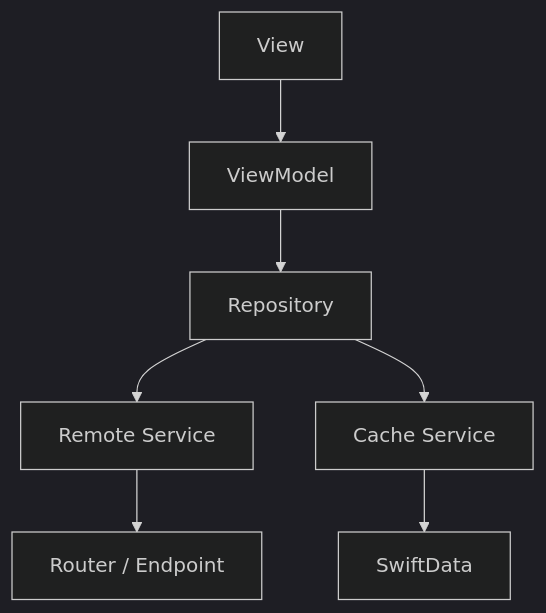
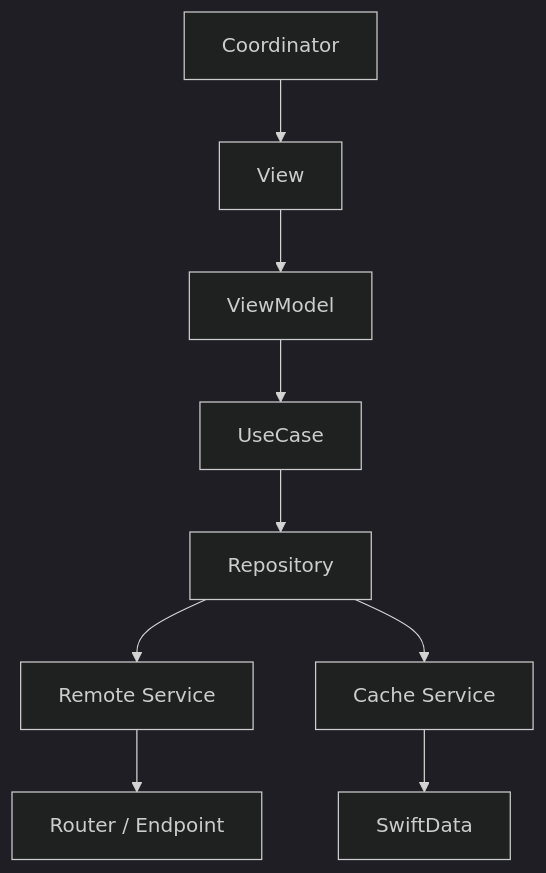
The first of 2 diagrams in README.md (Akib11/swiftui-clean-architecture-demo), drawn with Mermaid (dark theme) before and after one commit. The commit also changed other lines of this file and 11 other files, not shown here.

Commit message:
test(clean): add unit tests for users feature and use case architecture.

````diff
--- a/README.md
+++ b/README.md
@@ -58,9 +34,11 @@
 ```mermaid
 flowchart TD
-    A[View] --> B[ViewModel]
-    B --> C[Repository]
-    C --> D[Remote Service]
-    C --> E[Cache Service]
-    D --> F[Router / Endpoint]
-    E --> G[SwiftData]
+    A[Coordinator] --> B[View]
+    B --> C[ViewModel]
+    C --> D[UseCase]
+    D --> E[Repository]
+    E --> F[Remote Service]
+    E --> G[Cache Service]
+    F --> H[Router / Endpoint]
+    G --> I[SwiftData]
 ```
````
